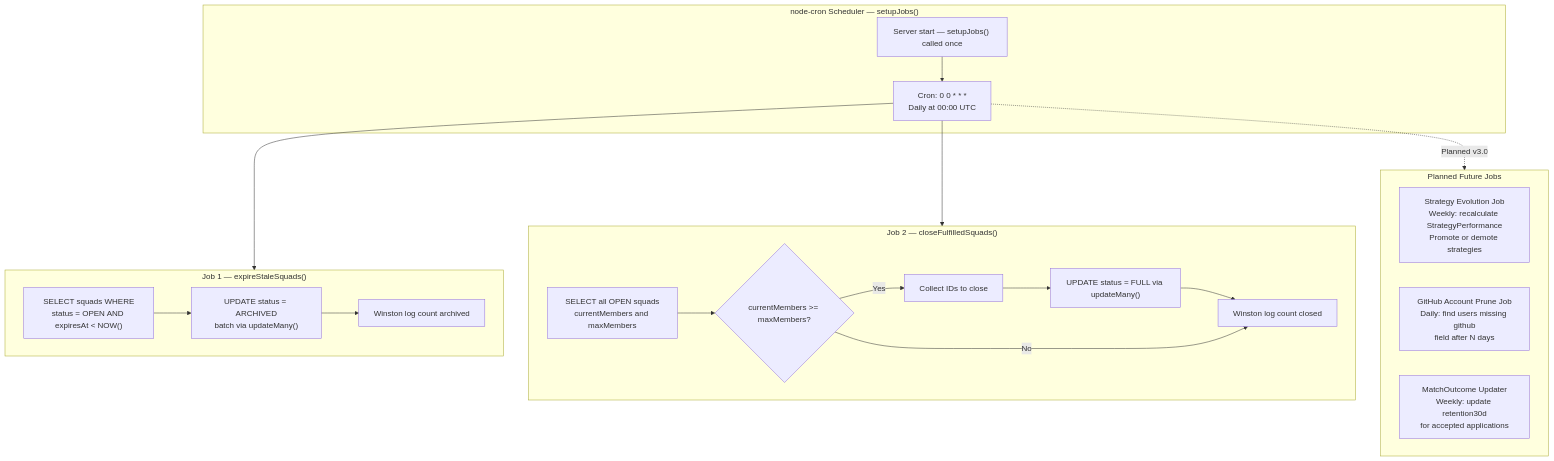
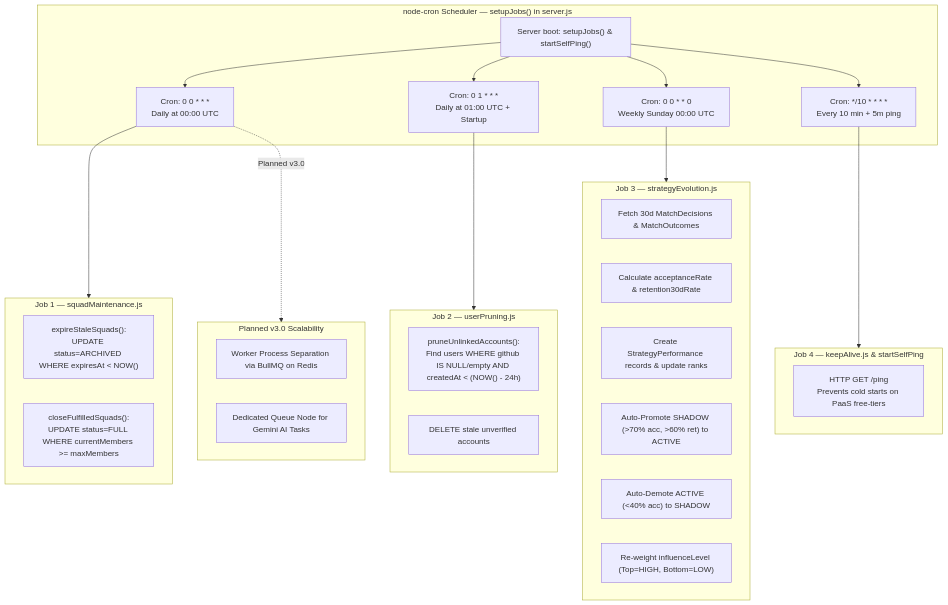
Diagram 12 of 13 in docs/ARCHITECTURE.md (KshitizD07/Skill-Sphere), drawn with Mermaid before and after one commit. The commit also changed other lines of this file and 1 other file, not shown here.

````diff
--- a/docs/ARCHITECTURE.md
+++ b/docs/ARCHITECTURE.md
@@ -888,35 +1073,45 @@
 ```mermaid
 flowchart TD
-    subgraph SCHEDULER["node-cron Scheduler — setupJobs()"]
-        BOOT["Server start — setupJobs() called once"]
+    subgraph SCHEDULER["node-cron Scheduler — setupJobs() in server.js"]
+        BOOT["Server boot: setupJobs() & startSelfPing()"]
         CRON1["Cron: 0 0 * * *\nDaily at 00:00 UTC"]
+        CRON2["Cron: 0 1 * * *\nDaily at 01:00 UTC + Startup"]
+        CRON3["Cron: 0 0 * * 0\nWeekly Sunday 00:00 UTC"]
+        CRON4["Cron: */10 * * * *\nEvery 10 min + 5m ping"]
     end
 
-    subgraph JOB1["Job 1 — expireStaleSquads()"]
-        E1["SELECT squads WHERE\nstatus = OPEN AND expiresAt < NOW()"]
-        E2["UPDATE status = ARCHIVED\nbatch via updateMany()"]
-        E3["Winston log count archived"]
+    subgraph JOB1["Job 1 — squadMaintenance.js"]
+        E1["expireStaleSquads():\nUPDATE status=ARCHIVED WHERE expiresAt < NOW()"]
+        F1["closeFulfilledSquads():\nUPDATE status=FULL WHERE currentMembers >= maxMembers"]
     end
 
-    subgraph JOB2["Job 2 — closeFulfilledSquads()"]
-        F1["SELECT all OPEN squads\ncurrentMembers and maxMembers"]
-        F2{"currentMembers >= maxMembers?"}
-        F3["Collect IDs to close"]
-        F4["UPDATE status = FULL via updateMany()"]
-        F5["Winston log count closed"]
+    subgraph JOB2["Job 2 — userPruning.js"]
+        U1["pruneUnlinkedAccounts():\nFind users WHERE github IS NULL/empty AND createdAt < (NOW() - 24h)"]
+        U2["DELETE stale unverified accounts"]
     end
 
-    subgraph FUTURE["Planned Future Jobs"]
-        PJ1["Strategy Evolution Job\nWeekly: recalculate StrategyPerformance\nPromote or demote strategies"]
-        PJ2["GitHub Account Prune Job\nDaily: find users missing github\nfield after N days"]
-        PJ3["MatchOutcome Updater\nWeekly: update retention30d\nfor accepted applications"]
+    subgraph JOB3["Job 3 — strategyEvolution.js"]
+        EV1["Fetch 30d MatchDecisions & MatchOutcomes"]
+        EV2["Calculate acceptanceRate & retention30dRate"]
+        EV3["Create StrategyPerformance records & update ranks"]
+        EV4["Auto-Promote SHADOW (>70% acc, >60% ret) to ACTIVE"]
+        EV5["Auto-Demote ACTIVE (<40% acc) to SHADOW"]
+        EV6["Re-weight influenceLevel (Top=HIGH, Bottom=LOW)"]
     end
 
-    BOOT --> CRON1
-    CRON1 --> JOB1 & JOB2
-    E1 --> E2 --> E3
-    F1 --> F2
-    F2 -- "Yes" --> F3 --> F4 --> F5
-    F2 -- "No" --> F5
+    subgraph JOB4["Job 4 — keepAlive.js & startSelfPing"]
+        P1["HTTP GET /ping\nPrevents cold starts on PaaS free-tiers"]
+    end
+
+    subgraph FUTURE["Planned v3.0 Scalability"]
+        PJ1["Worker Process Separation via BullMQ on Redis"]
+        PJ2["Dedicated Queue Node for Gemini AI Tasks"]
+    end
+
+    BOOT --> CRON1 & CRON2 & CRON3 & CRON4
+    CRON1 --> JOB1
+    CRON2 --> JOB2
+    CRON3 --> JOB3
+    CRON4 --> JOB4
     CRON1 -.->|"Planned v3.0"| FUTURE
 ```
````
